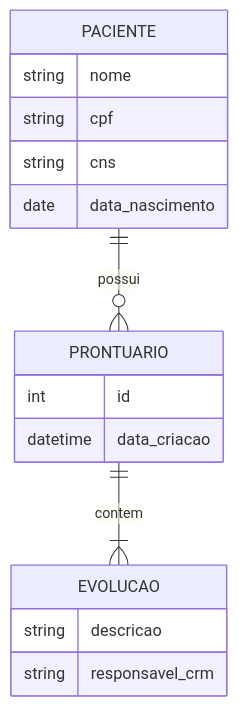
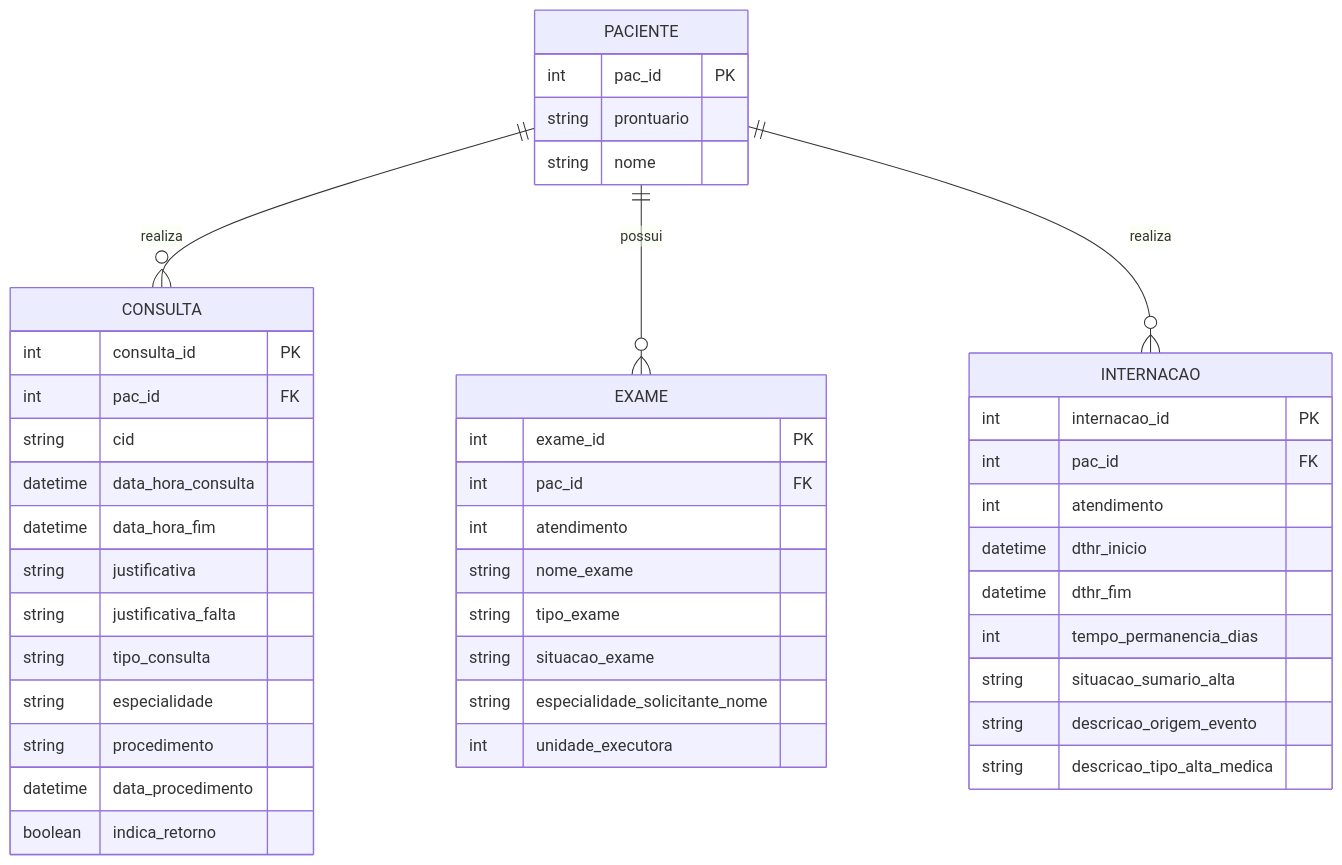
The diagram in documentacao_geral/04-modelo-dados.md (fel201/gestao-hospitalar-hc), drawn with Mermaid before and after one commit.

Commit message:
Atualização de Modelo ER

````diff
--- a/documentacao_geral/04-modelo-dados.md
+++ b/documentacao_geral/04-modelo-dados.md
@@ -4,19 +4,51 @@
 ```mermaid
 erDiagram
-    PACIENTE ||--o{ PRONTUARIO : possui
+
+    PACIENTE ||--o{ CONSULTA : realiza
+    PACIENTE ||--o{ EXAME : possui
+    PACIENTE ||--o{ INTERNACAO : realiza
+
     PACIENTE {
+        int pac_id PK
+        string prontuario
         string nome
-        string cpf
-        string cns
-        date data_nascimento
     }
-    PRONTUARIO ||--|{ EVOLUCAO : contem
-    PRONTUARIO {
-        int id
-        datetime data_criacao
+
+    CONSULTA {
+        int consulta_id PK
+        int pac_id FK
+        string cid
+        datetime data_hora_consulta
+        datetime data_hora_fim
+        string justificativa
+        string justificativa_falta
+        string tipo_consulta
+        string especialidade
+        string procedimento
+        datetime data_procedimento
+        boolean indica_retorno
     }
-    EVOLUCAO {
-        string descricao
-        string responsavel_crm
+
+    EXAME {
+        int exame_id PK
+        int pac_id FK
+        int atendimento
+        string nome_exame
+        string tipo_exame
+        string situacao_exame
+        string especialidade_solicitante_nome
+        int unidade_executora
+    }
+
+    INTERNACAO {
+        int internacao_id PK
+        int pac_id FK
+        int atendimento
+        datetime dthr_inicio
+        datetime dthr_fim
+        int tempo_permanencia_dias
+        string situacao_sumario_alta
+        string descricao_origem_evento
+        string descricao_tipo_alta_medica
     }
 ```
````
